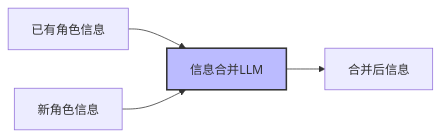
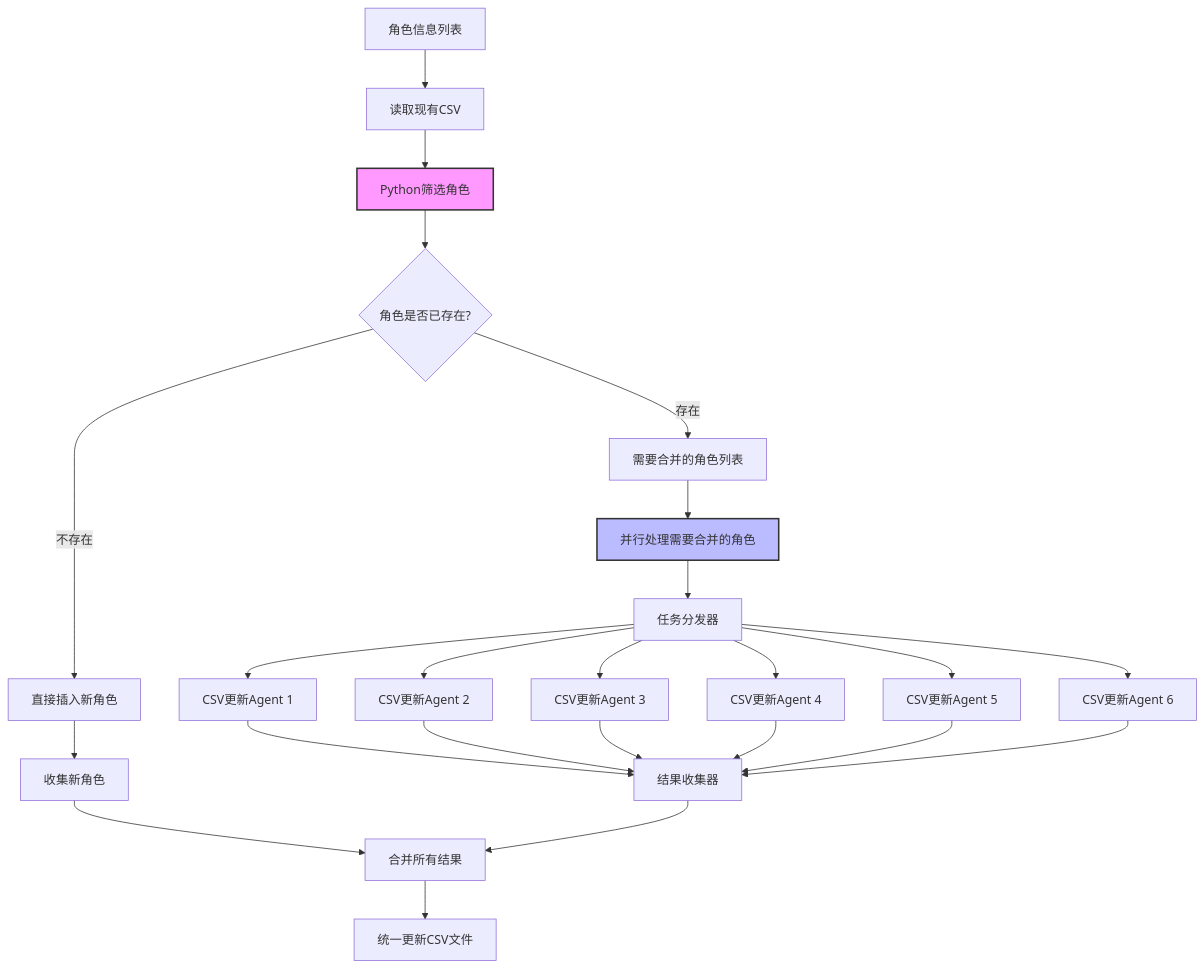
One commit to xueanxi/sharebook changed the sixth of 8 diagrams in docs/角色提取设计.md. Above: the diagram before and after it, drawn with Mermaid. The commit also changed other lines of this file and 1 other file, not shown here.

````diff
--- a/docs/角色提取设计.md
+++ b/docs/角色提取设计.md
@@ -123,8 +317,29 @@
 ```mermaid
-flowchart LR
-    A[已有角色信息] --> C[信息合并LLM]
-    B[新角色信息] --> C
-    C --> D[合并后信息]
+flowchart TD
+    A[角色信息列表] --> B[读取现有CSV]
+    B --> C[Python筛选角色]
+    C --> D{角色是否已存在?}
+    D -->|不存在| E[直接插入新角色]
+    D -->|存在| F[需要合并的角色列表]
+    E --> G[收集新角色]
+    F --> H[并行处理需要合并的角色]
+    H --> I[任务分发器]
+    I --> J[CSV更新Agent 1]
+    I --> K[CSV更新Agent 2]
+    I --> L[CSV更新Agent 3]
+    I --> M[CSV更新Agent 4]
+    I --> N[CSV更新Agent 5]
+    I --> O[CSV更新Agent 6]
+    J --> P[结果收集器]
+    K --> P
+    L --> P
+    M --> P
+    N --> P
+    O --> P
+    G --> Q[合并所有结果]
+    P --> Q
+    Q --> R[统一更新CSV文件]
     
-    style C fill:#bbf,stroke:#333,stroke-width:2px
+    style C fill:#f9f,stroke:#333,stroke-width:2px
+    style H fill:#bbf,stroke:#333,stroke-width:2px
 ```
````
